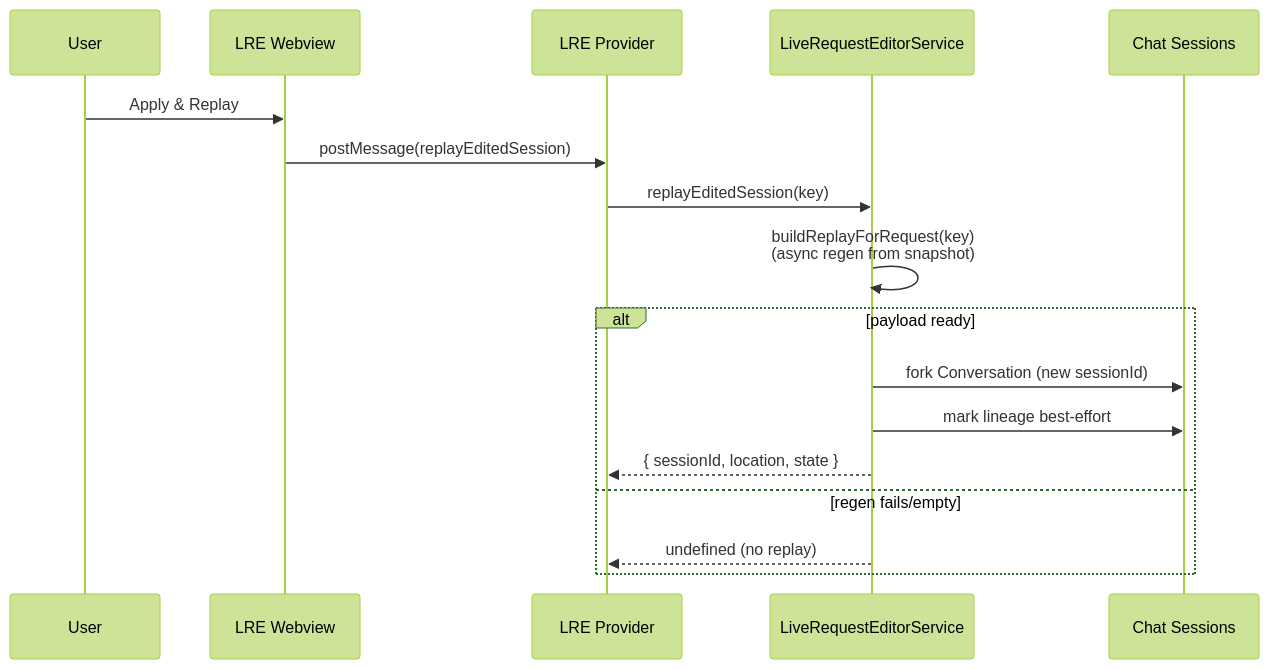
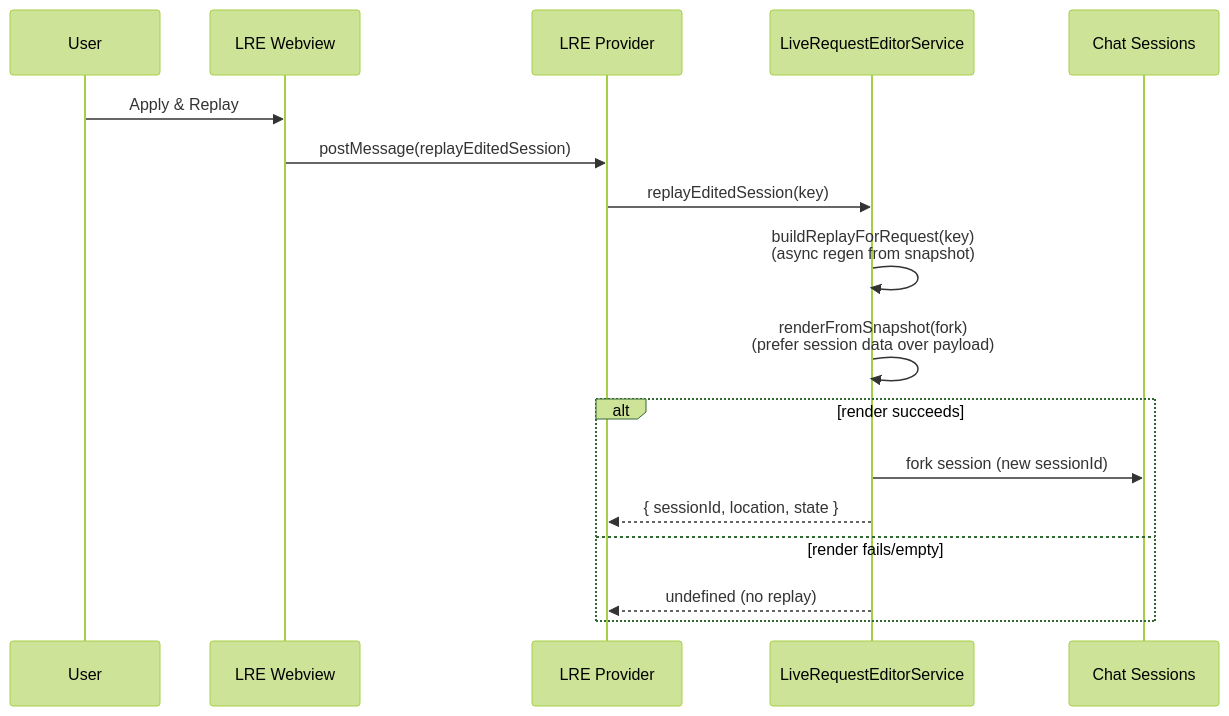
The second of 2 diagrams in docs/live-request-editor-session-snapshot.md (yulongbai-nov/vscode-copilot-chat), drawn with Mermaid (forest theme) before and after one commit. The commit also changed other lines of this file and 3 other files, not shown here.

Commit message:
Replay: fork from session snapshot instead of payload

````diff
--- a/docs/live-request-editor-session-snapshot.md
+++ b/docs/live-request-editor-session-snapshot.md
@@ -32,20 +32,20 @@
 ```mermaid
 sequenceDiagram
   participant User
   participant Webview as LRE Webview
   participant Provider as LRE Provider
   participant Service as LiveRequestEditorService
   participant Chat as Chat Sessions
 
   User->>Webview: Apply & Replay
   Webview->>Provider: postMessage(replayEditedSession)
   Provider->>Service: replayEditedSession(key)
   Service->>Service: buildReplayForRequest(key)<br/>(async regen from snapshot)
-  alt payload ready
-    Service->>Chat: fork Conversation (new sessionId)
-    Service->>Chat: mark lineage best-effort
+  Service->>Service: renderFromSnapshot(fork)<br/>(prefer session data over payload)
+  alt render succeeds
+    Service->>Chat: fork session (new sessionId)
     Service-->>Provider: { sessionId, location, state }
-  else regen fails/empty
+  else render fails/empty
     Service-->>Provider: undefined (no replay)
   end
 ```
````
